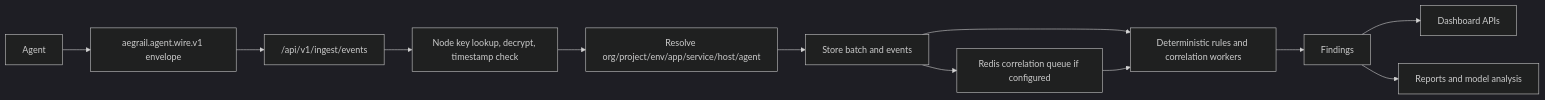
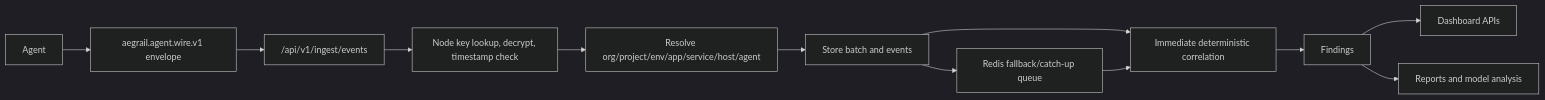
The diagram in docs/hub/how-it-works.md (RCooLeR/Aegrail), drawn with Mermaid (dark theme) before and after one commit. The commit also changed other lines of this file and 60 other files, not shown here.

````diff
--- a/docs/hub/how-it-works.md
+++ b/docs/hub/how-it-works.md
@@ -7,14 +7,14 @@
 ```mermaid
 flowchart LR
   Agent["Agent"] --> Wire["aegrail.agent.wire.v1 envelope"]
   Wire --> Ingest["/api/v1/ingest/events"]
   Ingest --> Verify["Node key lookup, decrypt, timestamp check"]
   Verify --> Inventory["Resolve org/project/env/app/service/host/agent"]
   Inventory --> Store["Store batch and events"]
-  Store --> Queue["Redis correlation queue if configured"]
-  Store --> Rules["Inline correlation fallback"]
-  Queue --> Rules["Deterministic rules and correlation workers"]
+  Store --> Rules["Immediate deterministic correlation"]
+  Store --> Queue["Redis fallback/catch-up queue"]
+  Queue --> Rules
   Rules --> Findings["Findings"]
   Findings --> Dashboard["Dashboard APIs"]
   Findings --> Reports["Reports and model analysis"]
 ```
````
